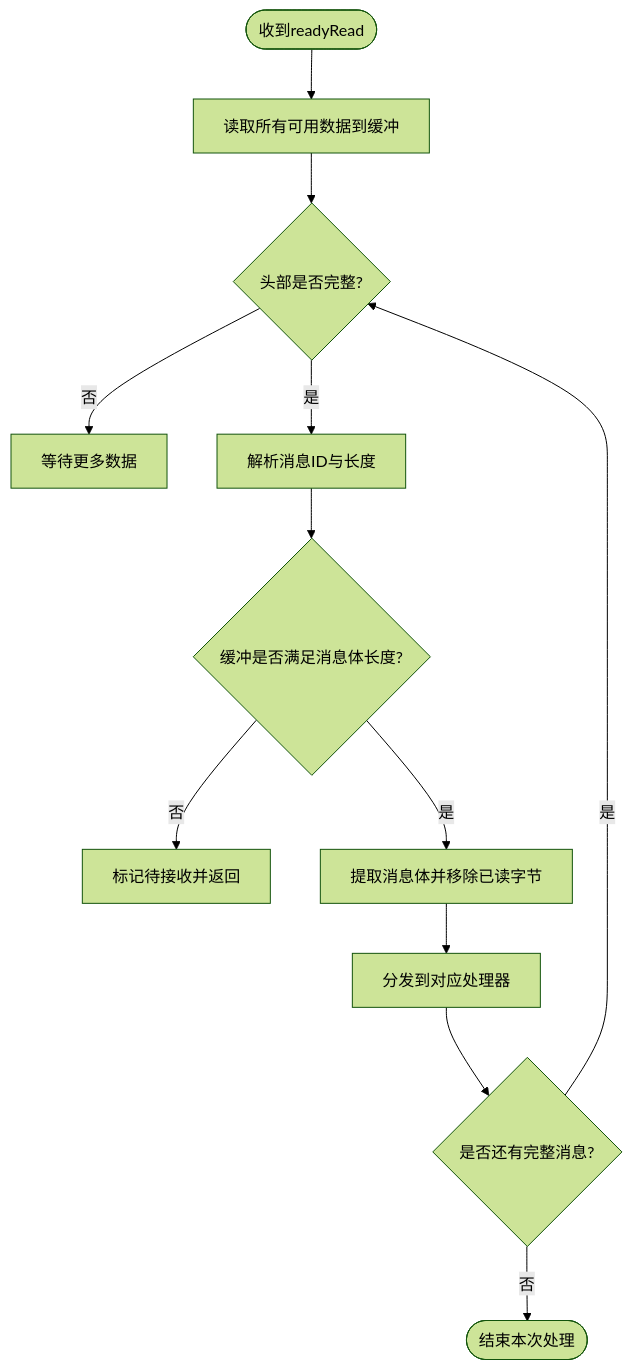
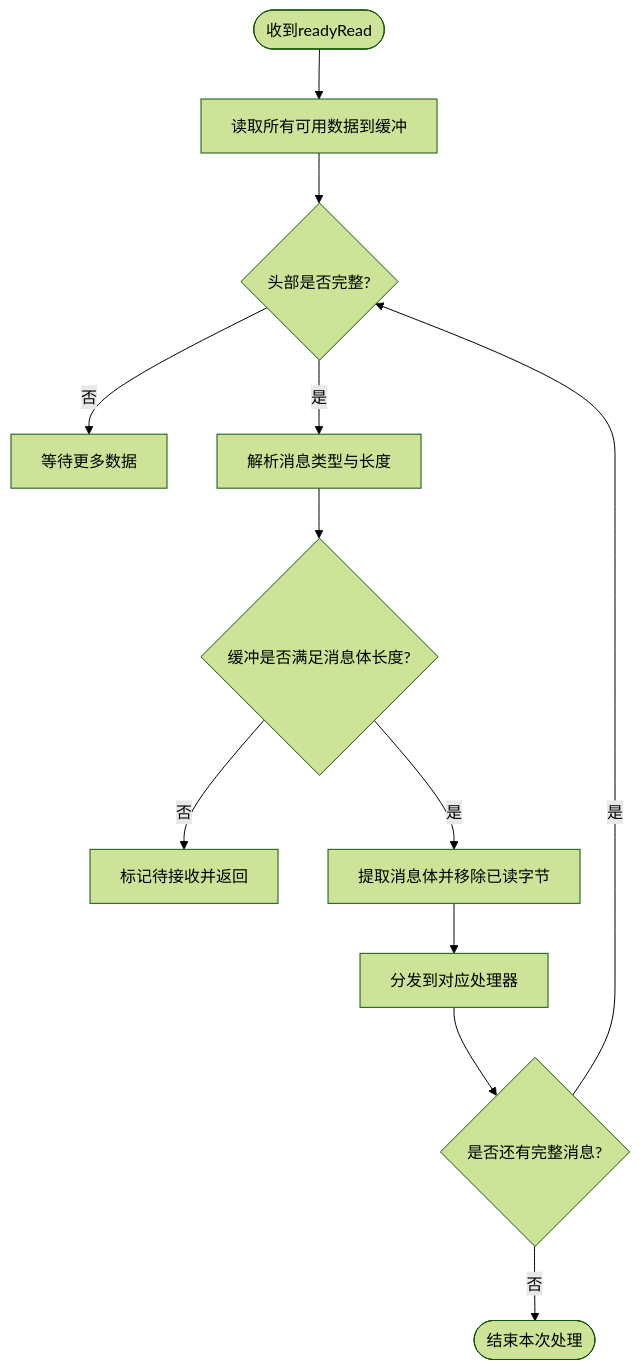
One commit to echo9923/mychatter changed the sixth of 8 diagrams in .qoder/repowiki/zh/content/性能优化/网络通信优化/网络通信优化.md. Above: the diagram before and after it, drawn with Mermaid (forest theme). The commit also changed other lines of this file and 128 other files, not shown here.

````diff
--- a/.qoder/repowiki/zh/content/性能优化/网络通信优化/网络通信优化.md
+++ b/.qoder/repowiki/zh/content/性能优化/网络通信优化/网络通信优化.md
@@ -221,14 +221,14 @@
 ```mermaid
 flowchart TD
 Start(["收到readyRead"]) --> ReadAll["读取所有可用数据到缓冲"]
 ReadAll --> CheckHead{"头部是否完整?"}
 CheckHead -- 否 --> WaitMore["等待更多数据"]
-CheckHead -- 是 --> ParseHead["解析消息ID与长度"]
+CheckHead -- 是 --> ParseHead["解析消息类型与长度"]
 ParseHead --> CheckBody{"缓冲是否满足消息体长度?"}
 CheckBody -- 否 --> SetPending["标记待接收并返回"]
 CheckBody -- 是 --> ExtractBody["提取消息体并移除已读字节"]
 ExtractBody --> Dispatch["分发到对应处理器"]
 Dispatch --> Loop{"是否还有完整消息?"}
 Loop -- 是 --> CheckHead
 Loop -- 否 --> End(["结束本次处理"])
 ```
````
